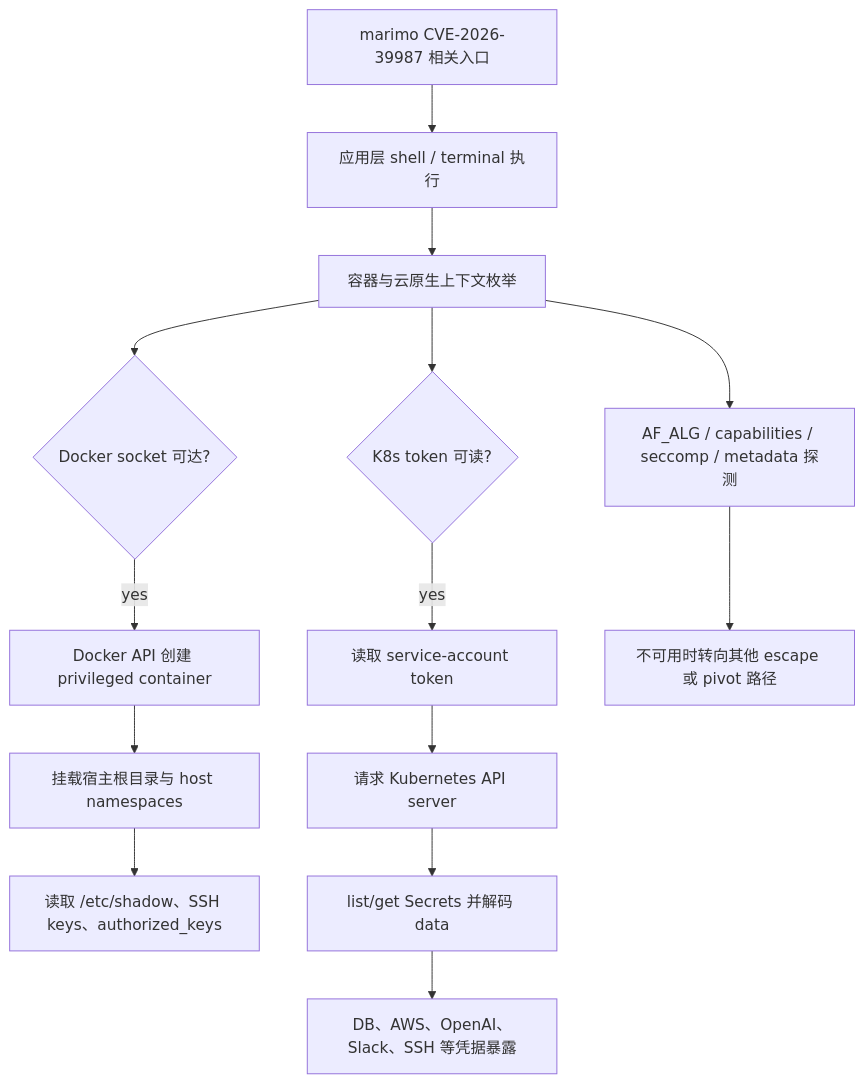
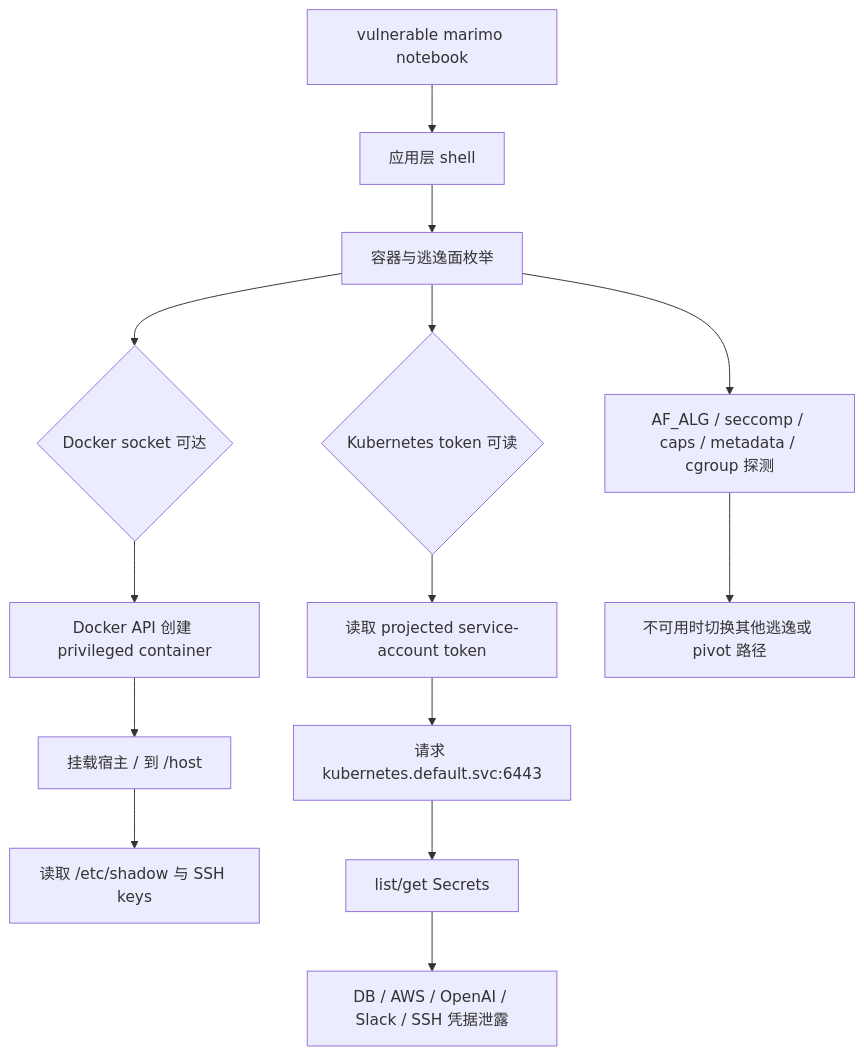
The diagram in public/articles/2026/06/06/itm_2d8c44d450c8f427/index.md (ABromide/daily-report-app), drawn with Mermaid before and after one commit. The commit also changed other lines of this file and 22 other files, not shown here.

````diff
--- a/public/articles/2026/06/06/itm_2d8c44d450c8f427/index.md
+++ b/public/articles/2026/06/06/itm_2d8c44d450c8f427/index.md
@@ -70,16 +46,16 @@
 ```mermaid
 flowchart TD
-  A["marimo CVE-2026-39987 相关入口"] --> B["应用层 shell / terminal 执行"]
-  B --> C["容器与云原生上下文枚举"]
-  C --> D{"Docker socket 可达?"}
-  D -->|yes| E["Docker API 创建 privileged container"]
-  E --> F["挂载宿主根目录与 host namespaces"]
-  F --> G["读取 /etc/shadow、SSH keys、authorized_keys"]
-  C --> H{"K8s token 可读?"}
-  H -->|yes| I["读取 service-account token"]
-  I --> J["请求 Kubernetes API server"]
-  J --> K["list/get Secrets 并解码 data"]
-  K --> L["DB、AWS、OpenAI、Slack、SSH 等凭据暴露"]
-  C --> M["AF_ALG / capabilities / seccomp / metadata 探测"]
-  M --> N["不可用时转向其他 escape 或 pivot 路径"]
+  A["vulnerable marimo notebook"] --> B["应用层 shell"]
+  B --> C["容器与逃逸面枚举"]
+  C --> D{"Docker socket 可达"}
+  D --> E["Docker API 创建 privileged container"]
+  E --> F["挂载宿主 / 到 /host"]
+  F --> G["读取 /etc/shadow 与 SSH keys"]
+  C --> H{"Kubernetes token 可读"}
+  H --> I["读取 projected service-account token"]
+  I --> J["请求 kubernetes.default.svc:6443"]
+  J --> K["list/get Secrets"]
+  K --> L["DB / AWS / OpenAI / Slack / SSH 凭据泄露"]
+  C --> M["AF_ALG / seccomp / caps / metadata / cgroup 探测"]
+  M --> N["不可用时切换其他逃逸或 pivot 路径"]
 ```
````
